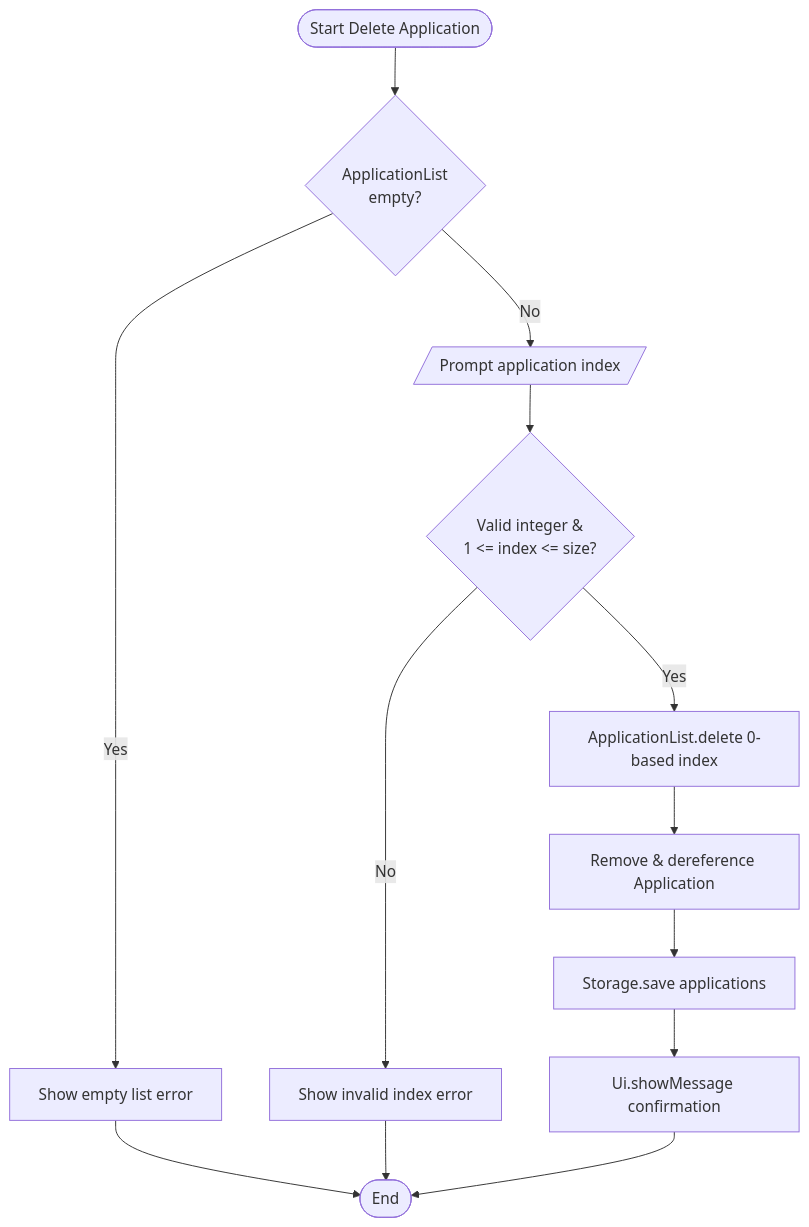
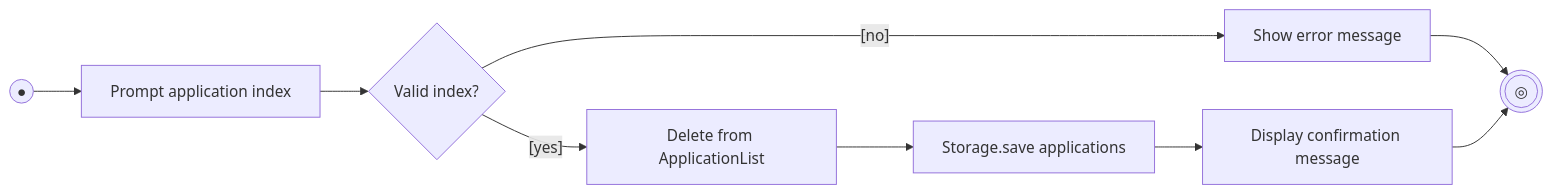
One commit to AY2627S1-CS2113-T10-2/tp changed the tenth of 21 diagrams in docs/DeveloperGuide.md. Above: the diagram before and after it, drawn with Mermaid. The commit also changed other lines of this file, not shown here.

First line of the commit message:
docs: align diagrams with reference guidelines and compact activity/object layouts

````diff
--- a/docs/DeveloperGuide.md
+++ b/docs/DeveloperGuide.md
@@ -658,13 +621,10 @@
 ```mermaid
-flowchart TD
-    Start([Start Delete Application]) --> CheckEmpty{ApplicationList<br/>empty?}
-    CheckEmpty -- Yes --> ShowEmptyErr[Show empty list error] --> End([End])
-    CheckEmpty -- No --> PromptIndex[/Prompt application index/]
-    PromptIndex --> ValidIndex{Valid integer &<br/>1 <= index <= size?}
-    ValidIndex -- No --> ShowIndexErr[Show invalid index error] --> End
-    ValidIndex -- Yes --> CallDelete[ApplicationList.delete 0-based index]
-    CallDelete --> DestroyApp[Remove & dereference Application]
-    DestroyApp --> SaveStorage[Storage.save applications]
-    SaveStorage --> ShowConfirm[Ui.showMessage confirmation]
-    ShowConfirm --> End
+flowchart LR
+    Start((●)) --> Prompt[Prompt application index]
+    Prompt --> Check{"Valid index?"}
+    Check -- "[no]" --> ShowErr[Show error message] --> End(((◎)))
+    Check -- "[yes]" --> Del[Delete from ApplicationList]
+    Del --> Save[Storage.save applications]
+    Save --> Show[Display confirmation message]
+    Show --> End
 ```
````
